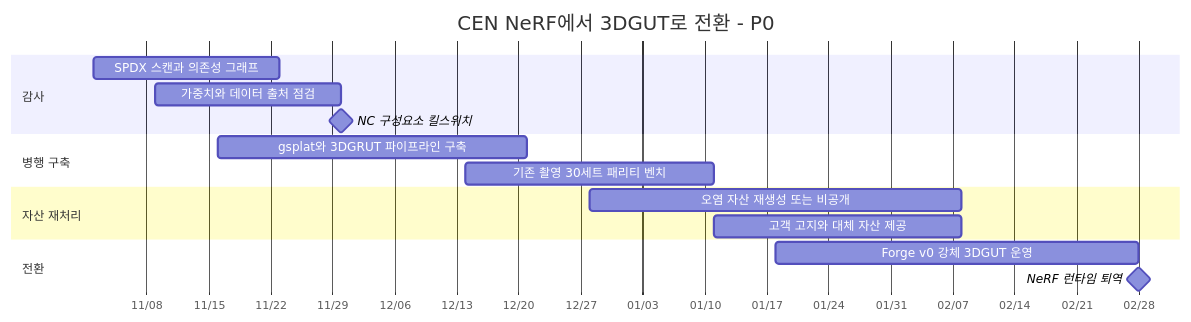
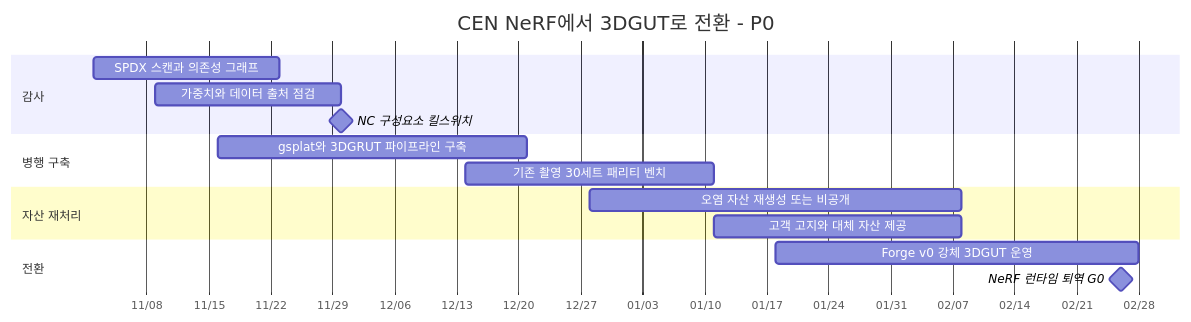
The seventh of 12 diagrams in docs/digital-twin-platform/05-physics-and-realism.md (ouremployeeces-ship-it/AIResearch), drawn with Mermaid before and after one commit. The commit also changed other lines of this file and 14 other files, not shown here.

````diff
--- a/docs/digital-twin-platform/05-physics-and-realism.md
+++ b/docs/digital-twin-platform/05-physics-and-realism.md
@@ -658,19 +700,19 @@
 ```mermaid
 gantt
     title CEN NeRF에서 3DGUT로 전환 - P0
     dateFormat YYYY-MM-DD
     axisFormat %m/%d
     section 감사
     SPDX 스캔과 의존성 그래프          :a1, 2026-11-02, 21d
     가중치와 데이터 출처 점검          :a2, 2026-11-09, 21d
     NC 구성요소 킬스위치               :milestone, 2026-11-30, 0d
     section 병행 구축
     gsplat와 3DGRUT 파이프라인 구축    :b1, 2026-11-16, 35d
     기존 촬영 30세트 패리티 벤치       :b2, 2026-12-14, 28d
     section 자산 재처리
     오염 자산 재생성 또는 비공개       :c1, 2026-12-28, 42d
     고객 고지와 대체 자산 제공         :c2, 2027-01-11, 28d
     section 전환
     Forge v0 강체 3DGUT 운영           :d1, 2027-01-18, 41d
-    NeRF 런타임 퇴역                   :milestone, 2027-02-28, 0d
+    NeRF 런타임 퇴역 G0                :milestone, 2027-02-26, 0d
 ```
````
